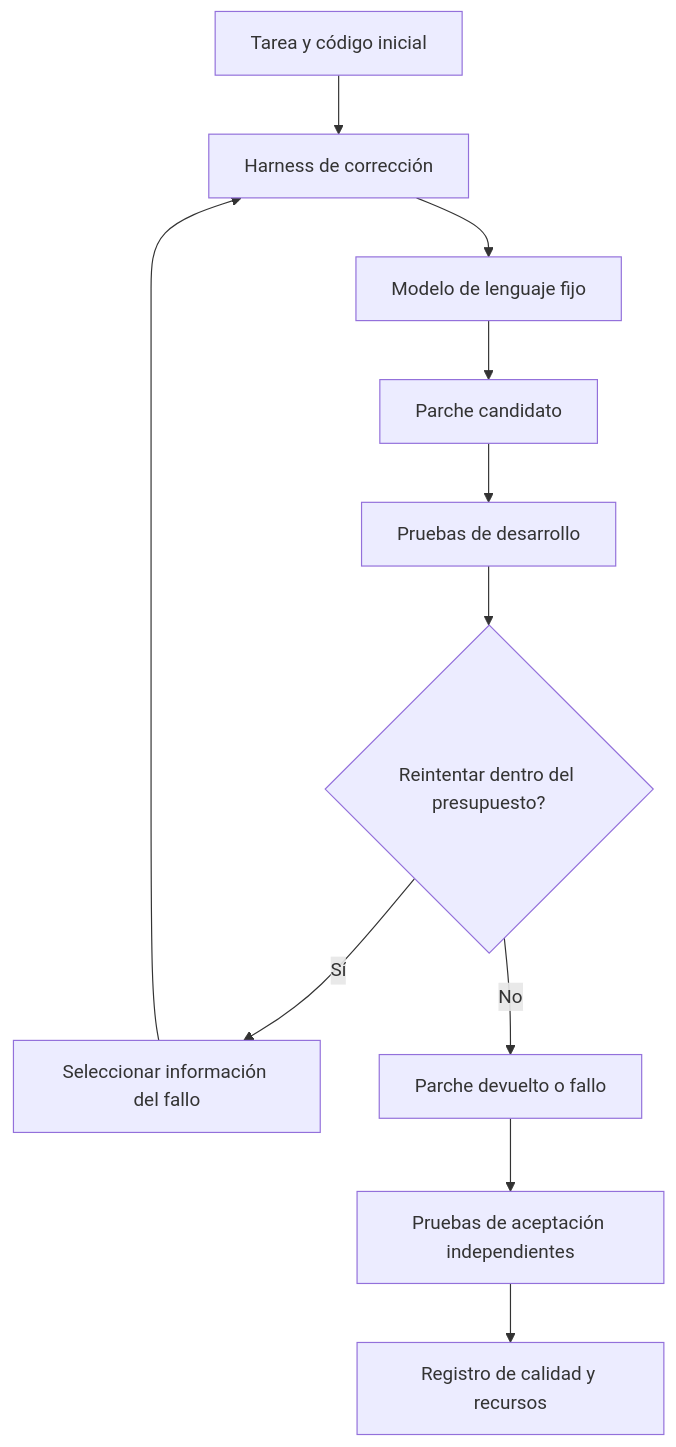
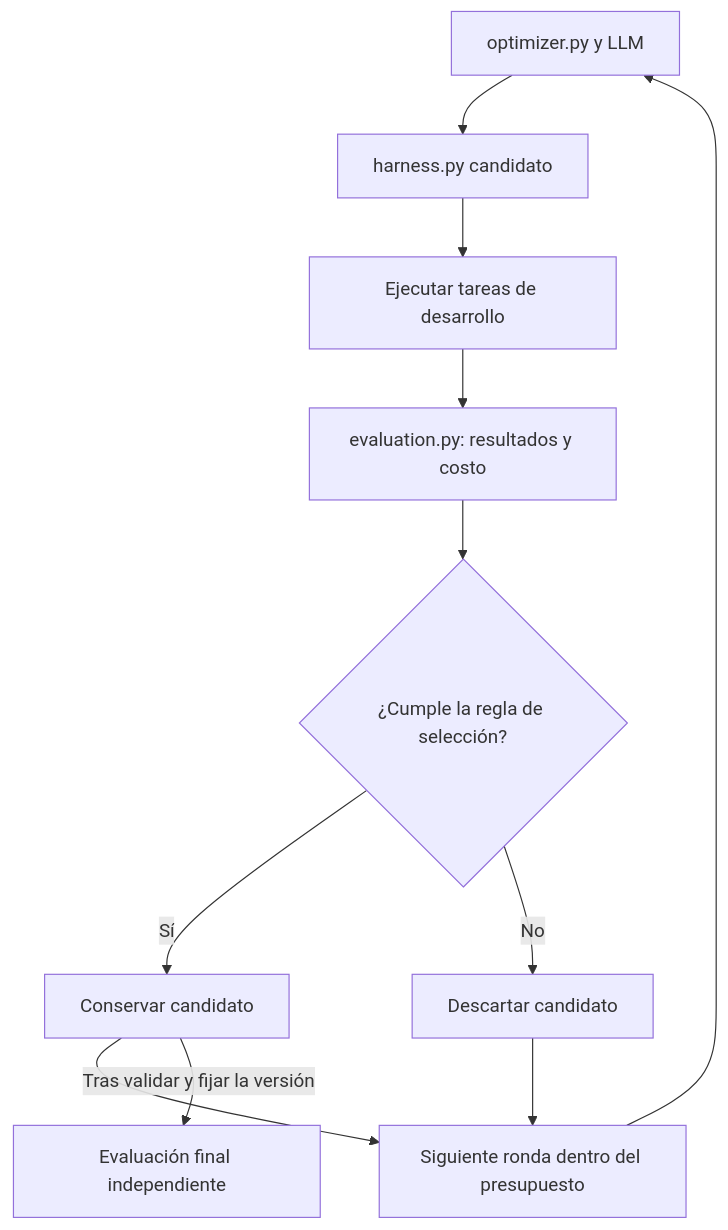
Before and after one commit to jairzinhosantos/thinking-harness: the second of 3 diagrams in research/proposals/case-0001-code-repair-harness.es.md, drawn with Mermaid. The commit also changed other lines of this file and 4 other files, not shown here.

````diff
--- a/research/proposals/case-0001-code-repair-harness.es.md
+++ b/research/proposals/case-0001-code-repair-harness.es.md
@@ -66,13 +118,13 @@
 ```mermaid
 flowchart TD
-    T[Tarea y código inicial] --> H[Harness de corrección]
-    H --> M[Modelo de lenguaje fijo]
-    M --> P[Parche candidato]
-    P --> D[Pruebas de desarrollo]
-    D --> R{Reintentar dentro del presupuesto?}
-    R -->|Sí| F[Seleccionar información del fallo]
-    F --> H
-    R -->|No| O[Parche devuelto o fallo]
-    O --> E[Pruebas de aceptación independientes]
-    E --> V[Registro de calidad y recursos]
+    O[optimizer.py y LLM] --> C[harness.py candidato]
+    C --> R[Ejecutar tareas de desarrollo]
+    R --> E[evaluation.py: resultados y costo]
+    E --> S{¿Cumple la regla de selección?}
+    S -->|Sí| K[Conservar candidato]
+    S -->|No| D[Descartar candidato]
+    K --> B[Siguiente ronda dentro del presupuesto]
+    D --> B
+    B --> O
+    K -->|Tras validar y fijar la versión| F[Evaluación final independiente]
 ```
````
